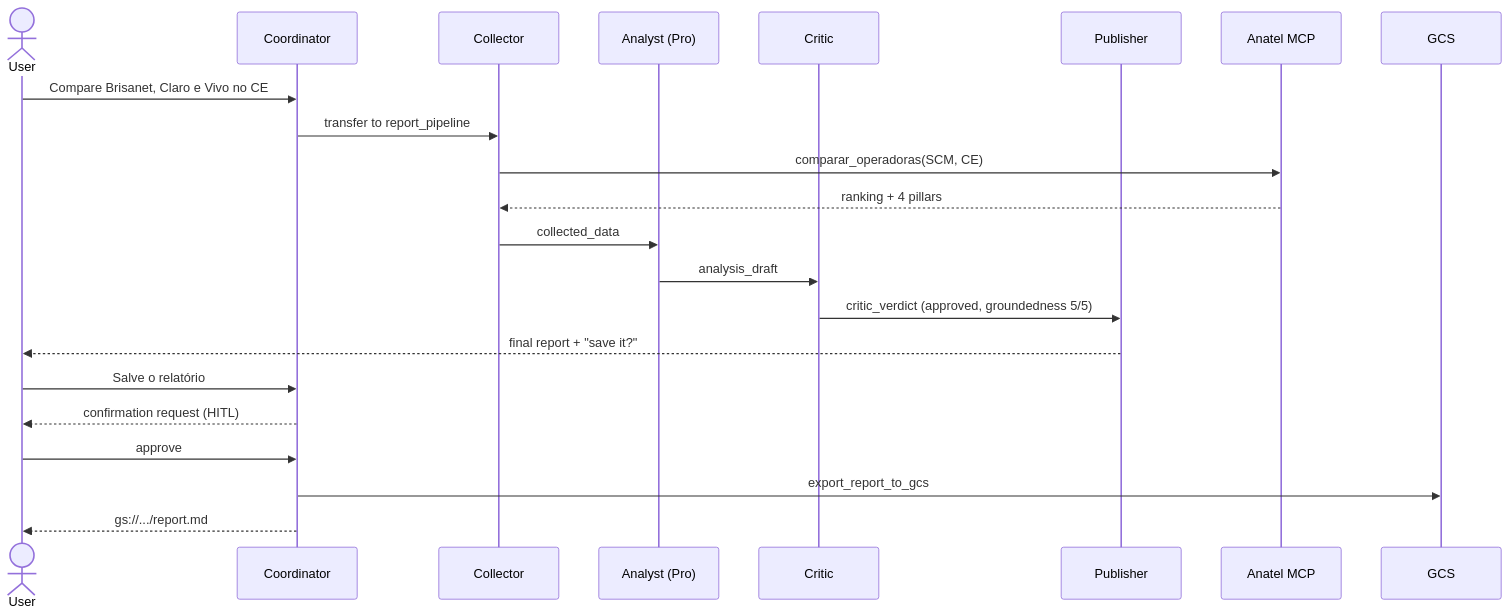
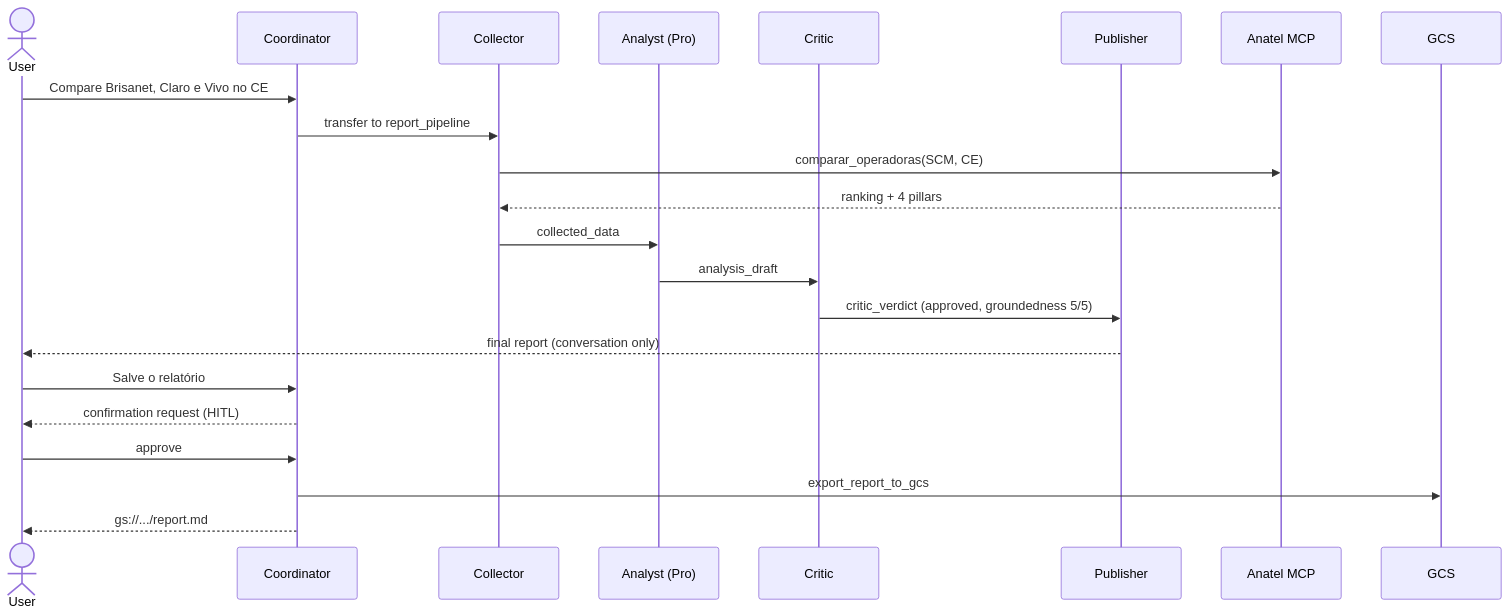
One commit to thiago-a-azevedo/anatel changed the third of 4 diagrams in README.md. Above: the diagram before and after it, drawn with Mermaid. The commit also changed other lines of this file and 13 other files, not shown here.

````diff
--- a/README.md
+++ b/README.md
@@ -151,25 +152,25 @@
 ```mermaid
 sequenceDiagram
   actor U as User
   participant C as Coordinator
   participant D as Collector
   participant A as Analyst (Pro)
   participant J as Critic
   participant P as Publisher
   participant M as Anatel MCP
   participant G as GCS
 
   U->>C: Compare Brisanet, Claro e Vivo no CE
   C->>D: transfer to report_pipeline
   D->>M: comparar_operadoras(SCM, CE)
   M-->>D: ranking + 4 pillars
   D->>A: collected_data
   A->>J: analysis_draft
   J->>P: critic_verdict (approved, groundedness 5/5)
-  P-->>U: final report + "save it?"
+  P-->>U: final report (conversation only)
   U->>C: Salve o relatório
   C-->>U: confirmation request (HITL)
   U->>C: approve
   C->>G: export_report_to_gcs
   C-->>U: gs://.../report.md
 ```
````
